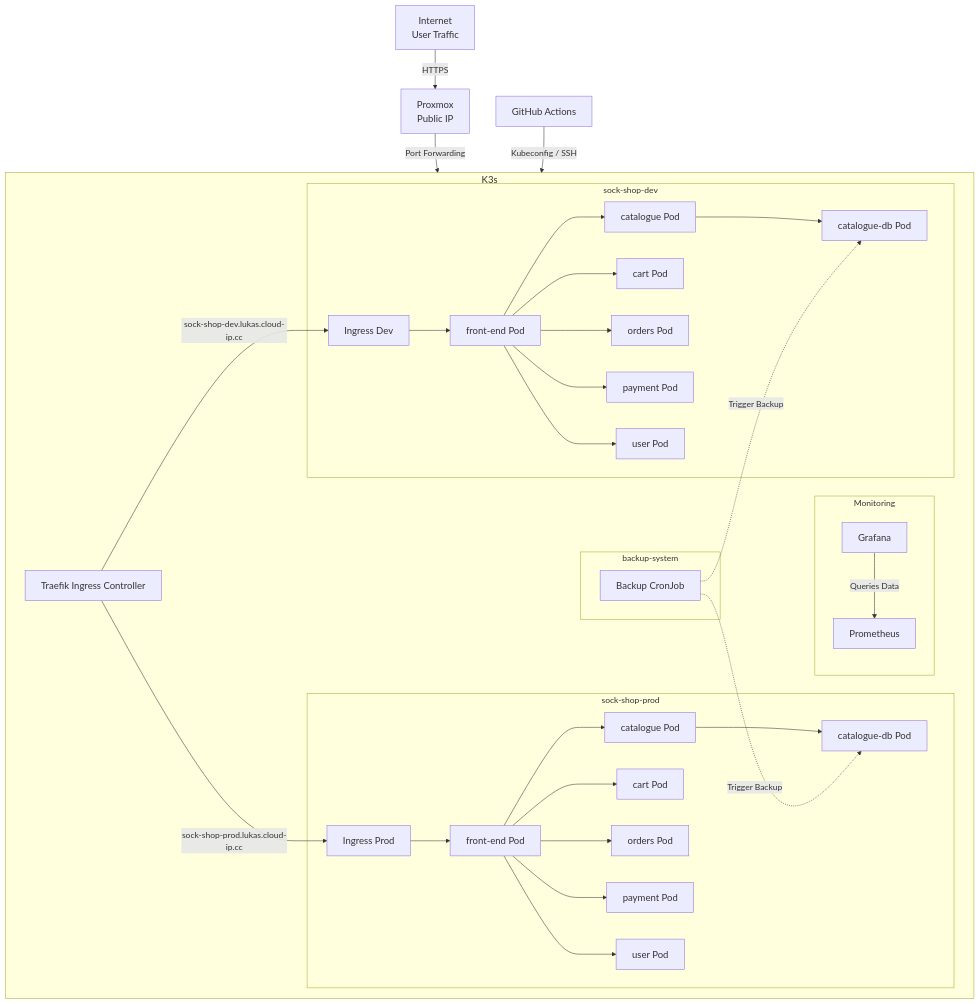
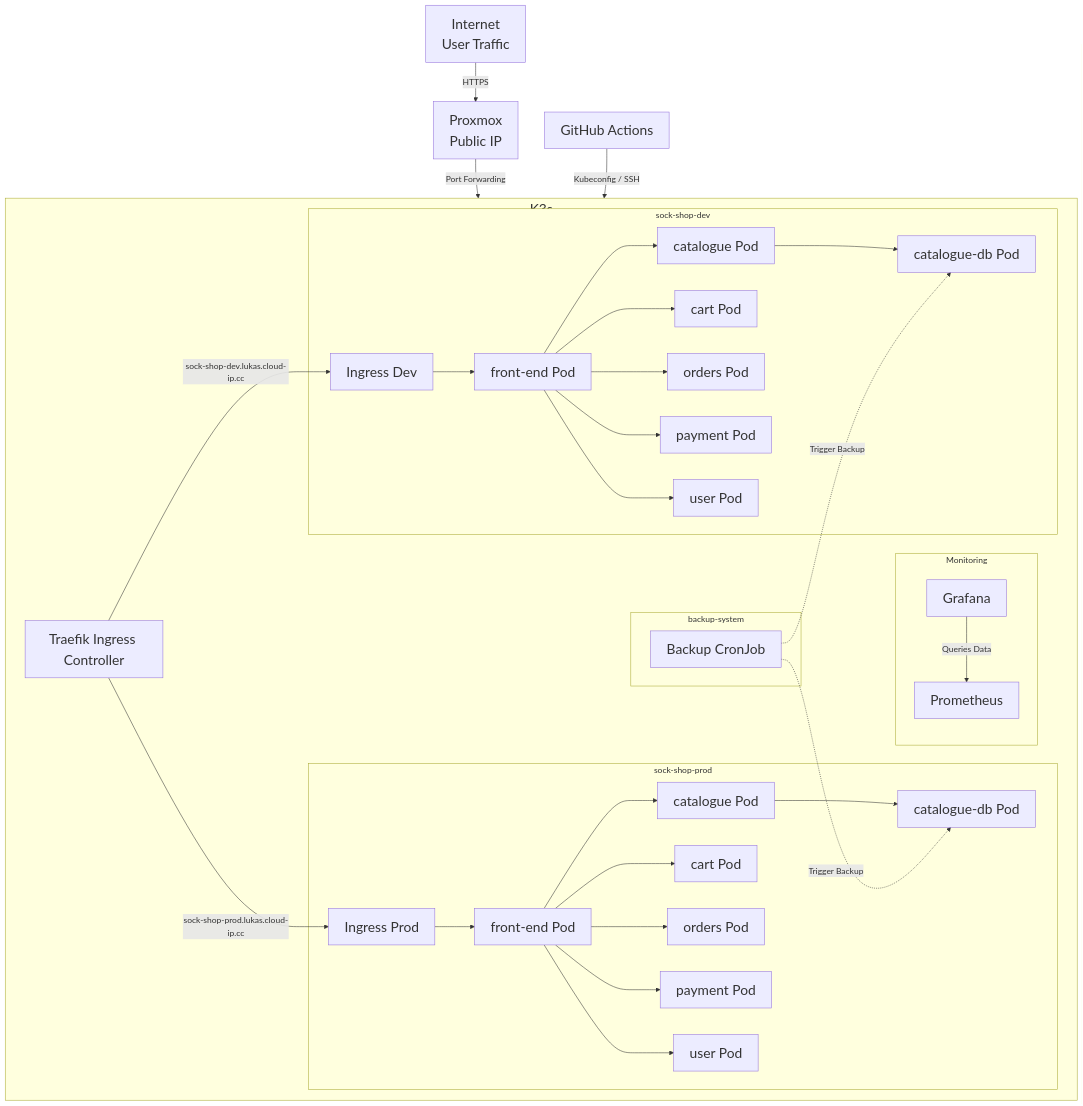
The diagram in README.md (Ru-Dipity/Microservice-Demo-Application), drawn with Mermaid before and after one commit.

Commit message:
Update README.md
architecture graph font-size from 18px to 26px

````diff
--- a/README.md
+++ b/README.md
@@ -11,65 +11,65 @@
 ```mermaid
 graph TB
-    classDef largeFont font-size:18px;
+    classDef largeFont font-size:26px;
     
     Internet[Internet<br/>User Traffic] -->|HTTPS| Proxmox[Proxmox<br/>Public IP]
     Proxmox -->|Port Forwarding| K3s[K3s Kubernetes Cluster]
     
     subgraph K3s
         Traefik[Traefik Ingress Controller]
         subgraph sock-shop-dev
             IngressDev[Ingress Dev]
             FrontEndDev[front-end Pod]
             CatalogueDev[catalogue Pod]
             CartDev[cart Pod]
             OrdersDev[orders Pod]
             PaymentDev[payment Pod]
             UserDev[user Pod]
             CatalogueDBDev[catalogue-db Pod]
             IngressDev --> FrontEndDev
             FrontEndDev --> CatalogueDev
             FrontEndDev --> CartDev
             FrontEndDev --> OrdersDev
             FrontEndDev --> PaymentDev
             FrontEndDev --> UserDev
             CatalogueDev --> CatalogueDBDev
         end
         
         subgraph sock-shop-prod
             IngressProd[Ingress Prod]
             FrontEndProd[front-end Pod]
             CatalogueProd[catalogue Pod]
             CartProd[cart Pod]
             OrdersProd[orders Pod]
             PaymentProd[payment Pod]
             UserProd[user Pod]
             CatalogueDBProd[catalogue-db Pod]
             IngressProd --> FrontEndProd
             FrontEndProd --> CatalogueProd
             FrontEndProd --> CartProd
             FrontEndProd --> OrdersProd
             FrontEndProd --> PaymentProd
             FrontEndProd --> UserProd
             CatalogueProd --> CatalogueDBProd
         end
         
         subgraph Monitoring
             Prometheus[Prometheus]
             Grafana[Grafana]
             Grafana -->|Queries Data| Prometheus
         end
         
         subgraph backup-system
             BackupCronJob[Backup CronJob]
         end
         
         Traefik -->|sock-shop-dev.lukas.cloud-ip.cc| IngressDev
         Traefik -->|sock-shop-prod.lukas.cloud-ip.cc| IngressProd
         BackupCronJob -.->|Trigger Backup| CatalogueDBDev
         BackupCronJob -.->|Trigger Backup| CatalogueDBProd
     end
     
     GitHub[GitHub Actions] -->|Kubeconfig / SSH| K3s
     
     class Internet,Proxmox,K3s,Traefik,IngressDev,FrontEndDev,CatalogueDev,CartDev,OrdersDev,PaymentDev,UserDev,CatalogueDBDev,IngressProd,FrontEndProd,CatalogueProd,CartProd,OrdersProd,PaymentProd,UserProd,CatalogueDBProd,Prometheus,Grafana,BackupCronJob,GitHub largeFont;
 ```
````
